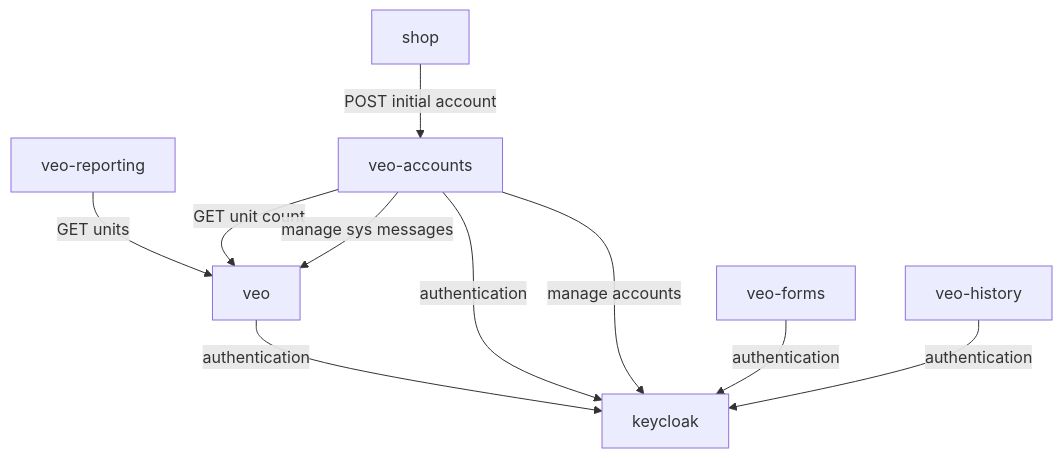
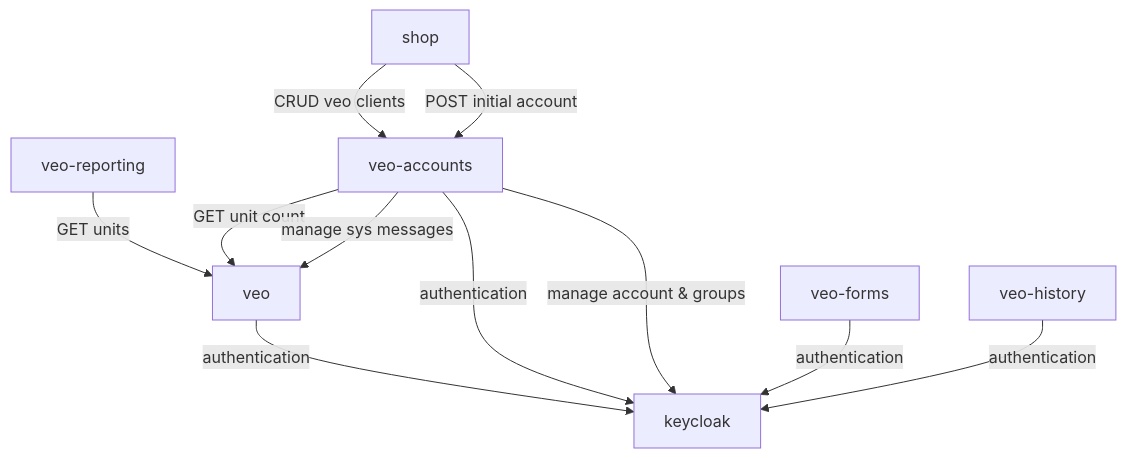
Before and after one commit to SerNet/verinice-veo-web-documentation: the fifth of 5 diagrams in docs/[language]/developers/architecture.md, drawn with Mermaid. The commit also changed other lines of this file, not shown here.

First line of the commit message:
update archtitecture (shop no longer uses RabbitMQ)

````diff
--- a/docs/[language]/developers/architecture.md
+++ b/docs/[language]/developers/architecture.md
@@ -147,19 +144,20 @@
 ```mermaid
 flowchart
     veo-accounts
     veo-forms
     veo-history
     veo-reporting
     veo
     keycloak
     shop
+    shop -- CRUD veo clients --> veo-accounts
     shop -- POST initial account --> veo-accounts
     veo-reporting -- GET units --> veo
     veo -- authentication --> keycloak
     veo-accounts -- authentication --> keycloak
-    veo-accounts -- manage accounts --> keycloak
+    veo-accounts -- manage account & groups --> keycloak
     veo-accounts -- GET unit count --> veo
     veo-accounts -- manage sys messages --> veo
     veo-forms -- authentication --> keycloak
     veo-history -- authentication --> keycloak
 ```
````
